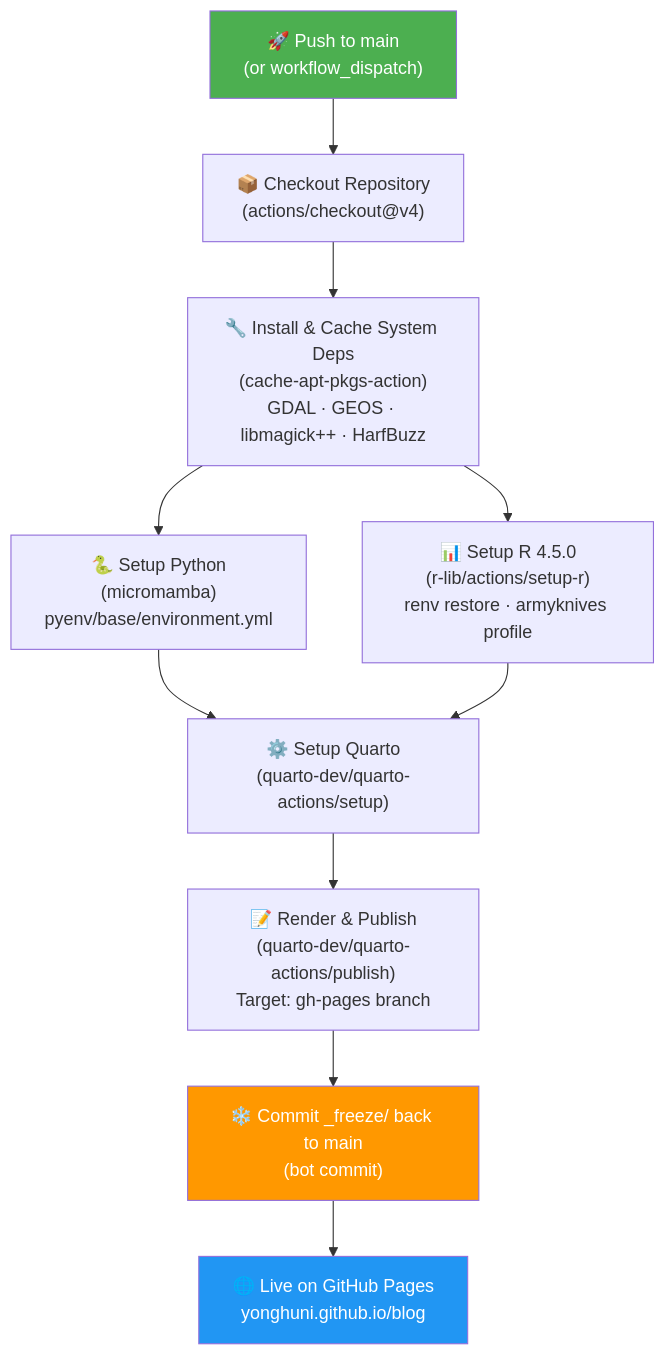
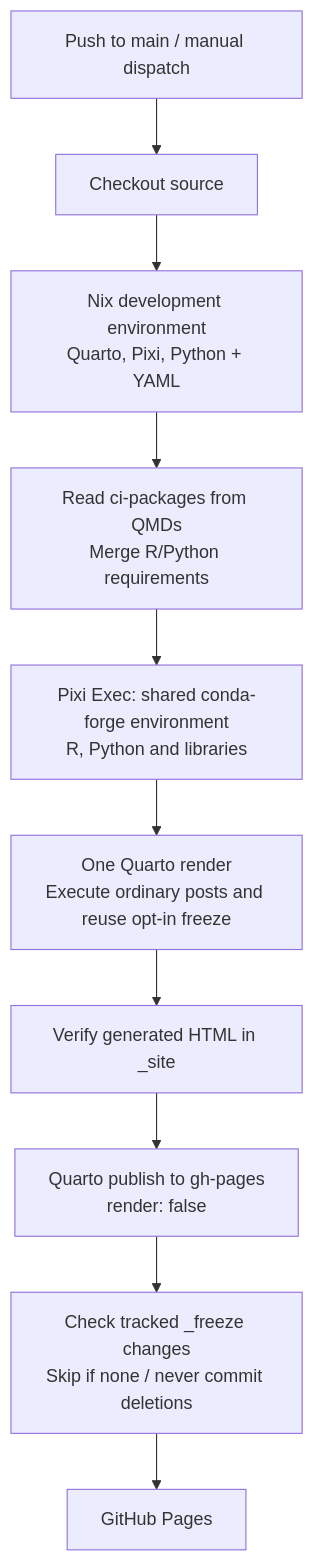
One commit to YONGHUNI/blog changed the diagram in about/blog/index.qmd. Above: the diagram before and after it, drawn with Mermaid. The commit also changed other lines of this file and 66 other files, not shown here.

Commit message:
chore: retire legacy R/Conda caches and smoke post, refresh Nix Pixi blog documentation

````diff
--- a/about/blog/index.qmd
+++ b/about/blog/index.qmd
@@ -64,17 +64,13 @@
 ```{mermaid}
-%%| fig-cap: "CI/CD Pipeline for this blog"
+%%| fig-cap: "Nix + Pixi + Quarto one-pass CI/CD pipeline"
 flowchart TD
-    A["🚀 Push to main<br>(or workflow_dispatch)"] --> B["📦 Checkout Repository<br>(actions/checkout@v4)"]
-    B --> C["🔧 Install & Cache System Deps<br>(cache-apt-pkgs-action)<br>GDAL · GEOS · libmagick++ · HarfBuzz"]
-    C --> D["🐍 Setup Python<br>(micromamba)<br>pyenv/base/environment.yml"]
-    C --> E["📊 Setup R 4.5.0<br>(r-lib/actions/setup-r)<br>renv restore · armyknives profile"]
-    D --> F["⚙️ Setup Quarto<br>(quarto-dev/quarto-actions/setup)"]
-    E --> F
-    F --> G["📝 Render & Publish<br>(quarto-dev/quarto-actions/publish)<br>Target: gh-pages branch"]
-    G --> H["❄️ Commit _freeze/ back to main<br>(bot commit)"]
-    H --> I["🌐 Live on GitHub Pages<br>yonghuni.github.io/blog"]
-
-    style A fill:#4CAF50,color:#fff
-    style I fill:#2196F3,color:#fff
-    style H fill:#FF9800,color:#fff
+    A["Push to main / manual dispatch"] --> B["Checkout source"]
+    B --> C["Nix development environment<br>Quarto, Pixi, Python + YAML"]
+    C --> D["Read ci-packages from QMDs<br>Merge R/Python requirements"]
+    D --> E["Pixi Exec: shared conda-forge environment<br>R, Python and libraries"]
+    E --> F["One Quarto render<br>Execute ordinary posts and reuse opt-in freeze"]
+    F --> G["Verify generated HTML in _site"]
+    G --> H["Quarto publish to gh-pages<br>render: false"]
+    H --> I["Check tracked _freeze changes<br>Skip if none / never commit deletions"]
+    I --> J["GitHub Pages"]
 ```
````
